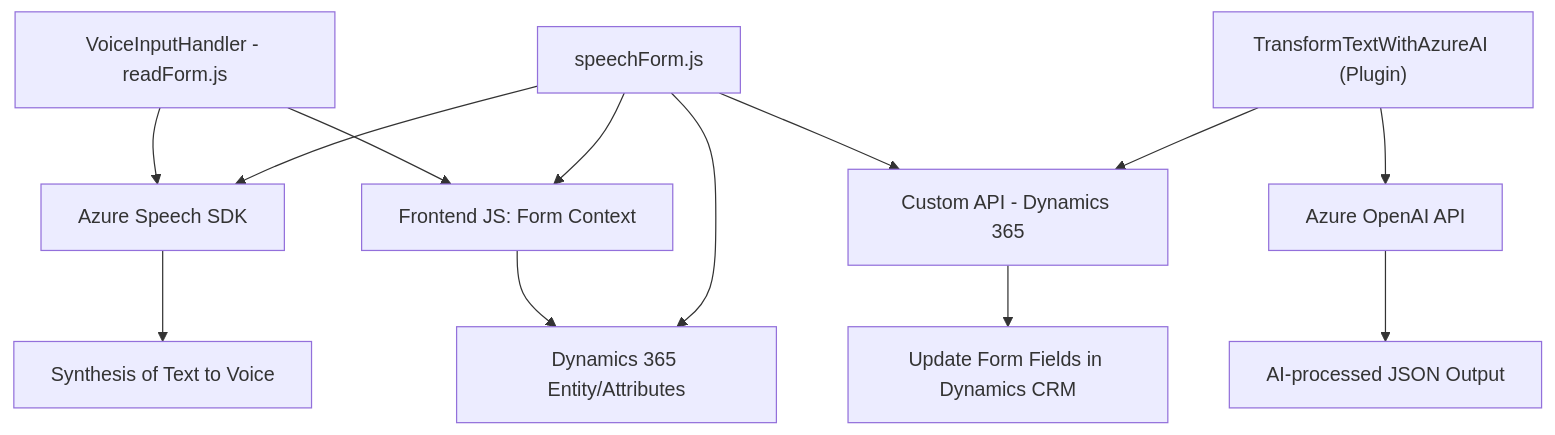
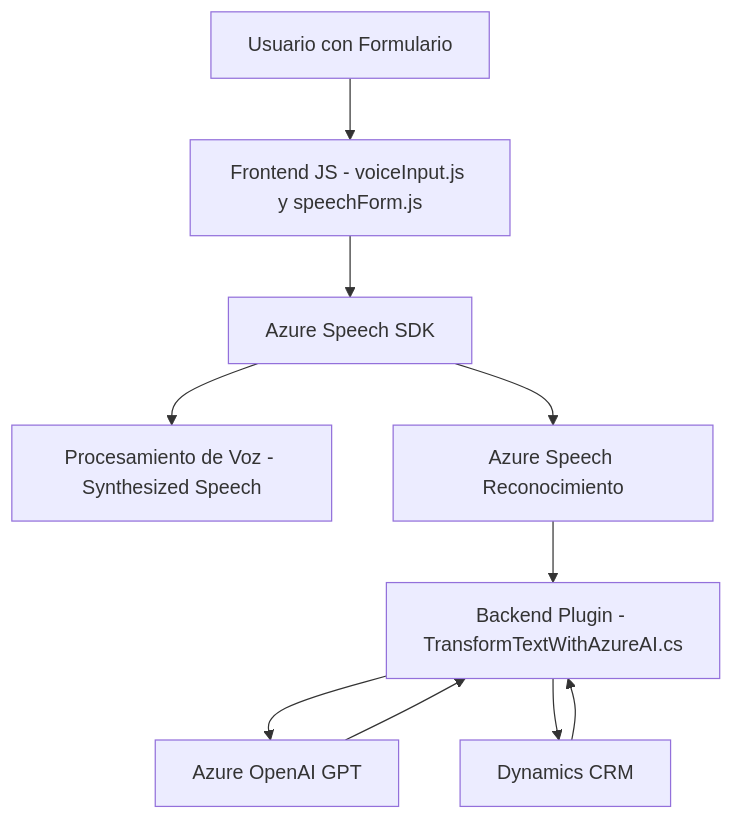
The diagram in README.md (blopezdm/NETCORE_BILBAO2025), drawn with Mermaid before and after one commit. The commit also changed other lines of this file, not shown here.

Commit message:
Actualizar análisis global de la solución con IA

````diff
--- a/README.md
+++ b/README.md
@@ -40,18 +43,21 @@
 ```mermaid
 graph TD
-    A["VoiceInputHandler - readForm.js"] --> B["Azure Speech SDK"]
-    A --> C["Frontend JS: Form Context"]
-    C --> D["Dynamics 365 Entity/Attributes"]
+    A["Usuario con Formulario"]
+    B["Frontend JS - voiceInput.js y speechForm.js"]
+    C["Azure Speech SDK"]
+    D["Procesamiento de Voz - Synthesized Speech"]
+    E["Azure Speech Reconocimiento"]
+    F["Backend Plugin - TransformTextWithAzureAI.cs"]
+    G["Azure OpenAI GPT"]
+    H["Dynamics CRM"]
 
-    E["speechForm.js"] --> B
-    E --> C
-    E --> D
-    E --> F["Custom API - Dynamics 365"]
-
-    G["TransformTextWithAzureAI (Plugin)"] --> F
-    G --> H["Azure OpenAI API"]
-
-    B --> I["Synthesis of Text to Voice"]
-    H --> J["AI-processed JSON Output"]
-    F --> K["Update Form Fields in Dynamics CRM"]
+    A --> B
+    B --> C
+    C --> D
+    C --> E
+    E --> F
+    F --> G
+    F --> H
+    H --> F
+    G --> F
 ```
````
